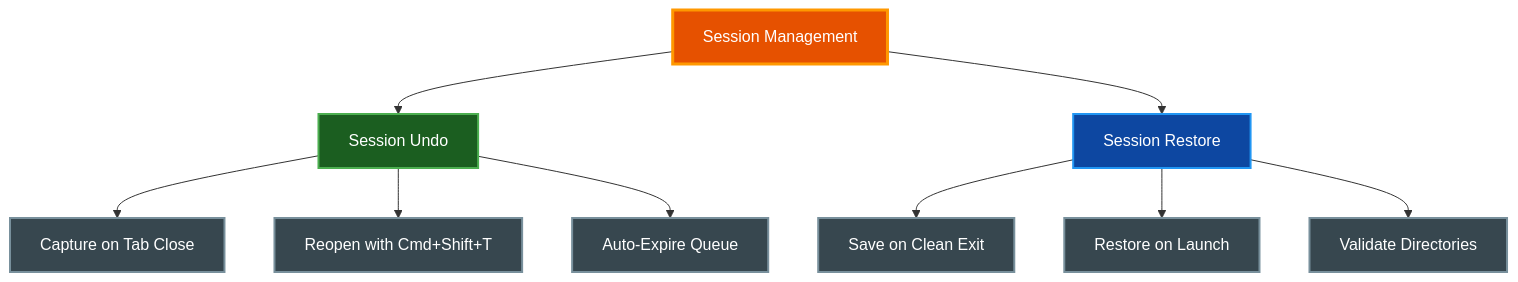
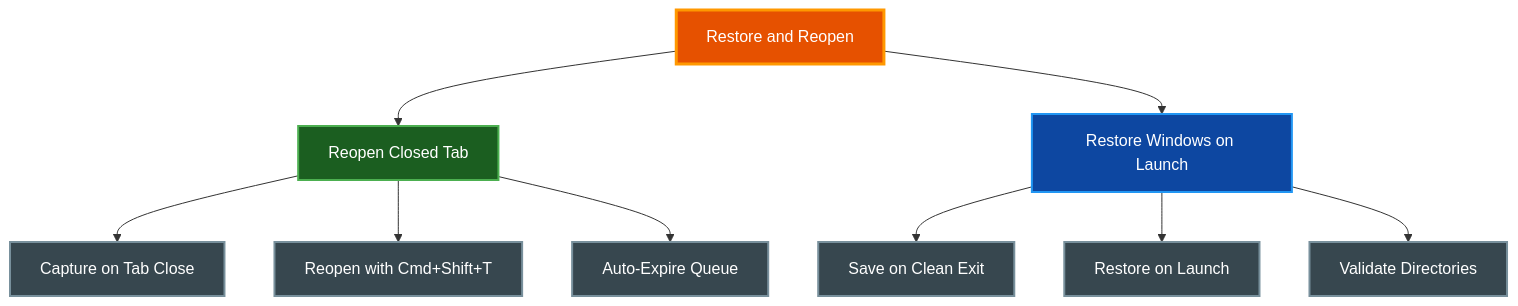
Before and after one commit to paulrobello/par-term: the diagram in docs/features/SESSION_MANAGEMENT.md, drawn with Mermaid. The commit also changed other lines of this file and 83 other files, not shown here.

````diff
--- a/docs/features/SESSION_MANAGEMENT.md
+++ b/docs/features/SESSION_MANAGEMENT.md
@@ -20,27 +20,27 @@
 ```mermaid
 graph TD
-    Session[Session Management]
-    Undo[Session Undo]
-    Restore[Session Restore]
+    Session[Restore and Reopen]
+    Undo[Reopen Closed Tab]
+    Restore[Restore Windows on Launch]
 
     Session --> Undo
     Session --> Restore
 
     Undo --> CloseCapture[Capture on Tab Close]
     Undo --> ReopenTab[Reopen with Cmd+Shift+T]
     Undo --> Timeout[Auto-Expire Queue]
 
     Restore --> SaveExit[Save on Clean Exit]
     Restore --> RestoreLaunch[Restore on Launch]
     Restore --> Validate[Validate Directories]
 
     class Session primary
     class Undo active
     class Restore data
     class CloseCapture,ReopenTab,Timeout,SaveExit,RestoreLaunch,Validate neutral
 
     classDef primary fill:#e65100,stroke:#ff9800,stroke-width:3px,color:#ffffff
     classDef active fill:#1b5e20,stroke:#4caf50,stroke-width:2px,color:#ffffff
     classDef data fill:#0d47a1,stroke:#2196f3,stroke-width:2px,color:#ffffff
     classDef neutral fill:#37474f,stroke:#78909c,stroke-width:2px,color:#ffffff
 ```
````
